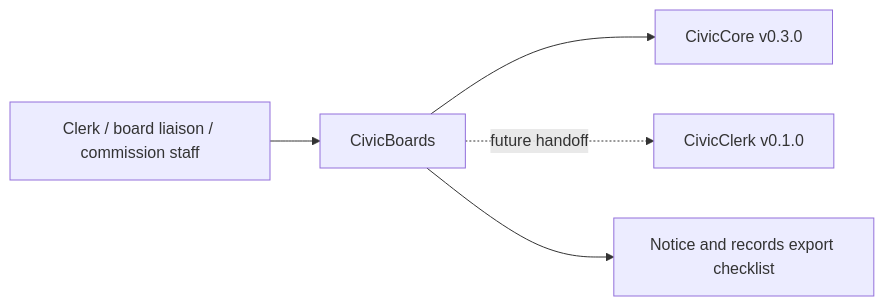
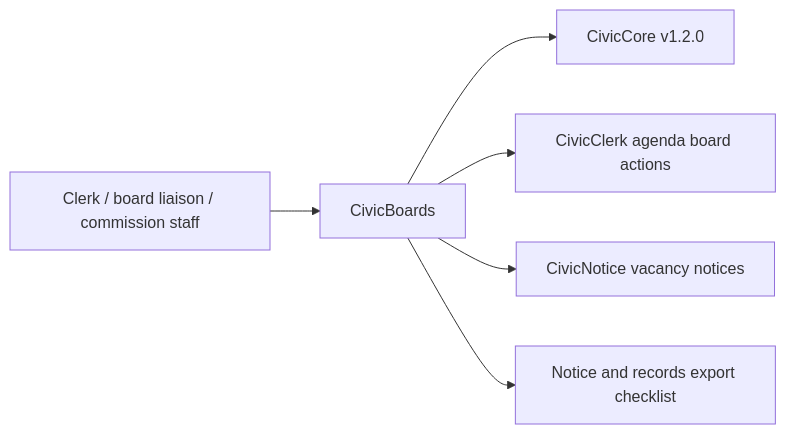
Before and after one commit to townlight/boards: the diagram in USER-MANUAL.md, drawn with Mermaid. The commit also changed other lines of this file and 19 other files, not shown here.

````diff
--- a/USER-MANUAL.md
+++ b/USER-MANUAL.md
@@ -36,7 +41,8 @@
 ```mermaid
 flowchart LR
   Staff["Clerk / board liaison / commission staff"] --> CivicBoards["CivicBoards"]
-  CivicBoards --> CivicCore["CivicCore v0.3.0"]
-  CivicBoards -. future handoff .-> CivicClerk["CivicClerk v0.1.0"]
+  CivicBoards --> CivicCore["CivicCore v1.2.0"]
+  CivicBoards --> CivicClerk["CivicClerk agenda board actions"]
+  CivicBoards --> CivicNotice["CivicNotice vacancy notices"]
   CivicBoards --> Export["Notice and records export checklist"]
 ```
````
